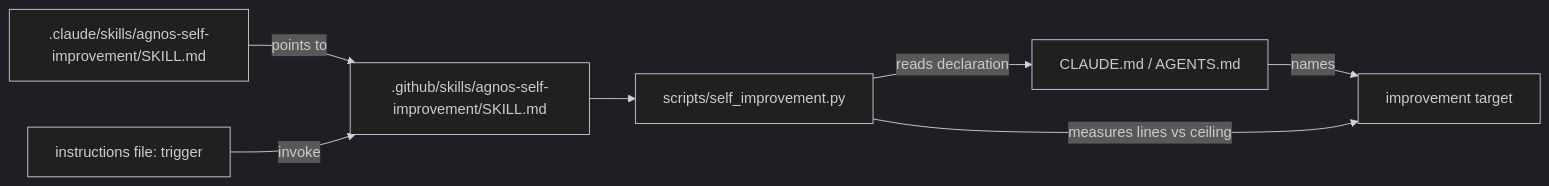
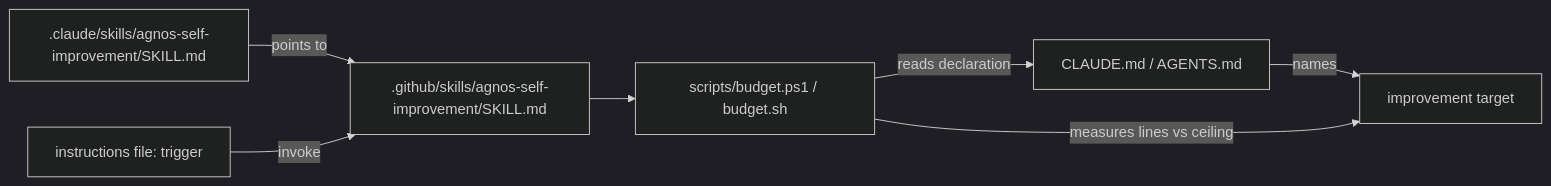
One commit to spashx/agnos changed the diagram in agnos-process/2.architecture/ADR-RSI-001-self-improvement-skill.md. Above: the diagram before and after it, drawn with Mermaid (dark theme). The commit also changed other lines of this file and 7 other files, not shown here.

Commit message:
feat(RSI): ADR-RSI-001/TASK-RSI-002 budget.ps1 and budget.sh of agnos-self-improvement, with their tests

````diff
--- a/agnos-process/2.architecture/ADR-RSI-001-self-improvement-skill.md
+++ b/agnos-process/2.architecture/ADR-RSI-001-self-improvement-skill.md
@@ -56,9 +59,9 @@
 ```mermaid
 flowchart LR
   C[.claude/skills/agnos-self-improvement/SKILL.md] -->|points to| G[.github/skills/agnos-self-improvement/SKILL.md]
   I[instructions file: trigger] -->|invoke| G
-  G --> S[scripts/self_improvement.py]
+  G --> S[scripts/budget.ps1 / budget.sh]
   S -->|reads declaration| E[CLAUDE.md / AGENTS.md]
   E -->|names| T[improvement target]
   S -->|measures lines vs ceiling| T
 ```
````
